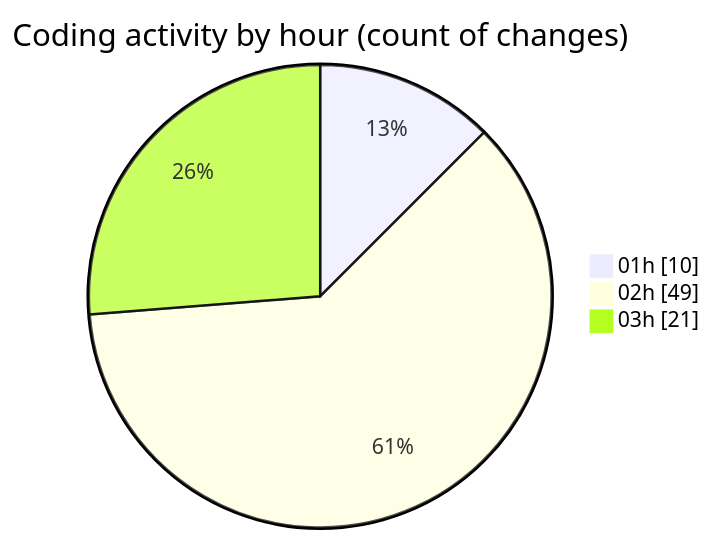
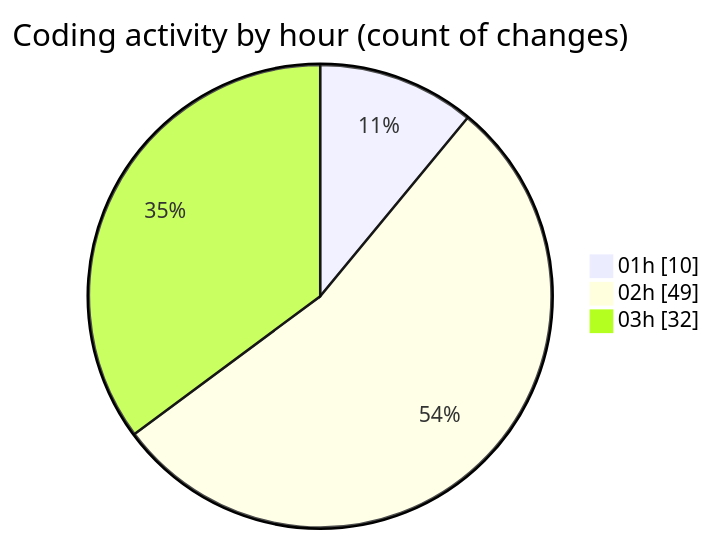
The second of 2 diagrams in 2025-11-21/eventscop-frontend-guide__workspace_/README.md (julien-gomy/code-tracking), drawn with Mermaid before and after one commit. The commit also changed other lines of this file and 1 other file, not shown here.

````diff
--- a/2025-11-21/eventscop-frontend-guide__workspace_/README.md
+++ b/2025-11-21/eventscop-frontend-guide__workspace_/README.md
@@ -59,7 +61,7 @@
 ```mermaid
 pie showData
 title Coding activity by hour (count of changes)
 "01h" : 10
 "02h" : 49
-"03h" : 21
+"03h" : 32
 ```
````
